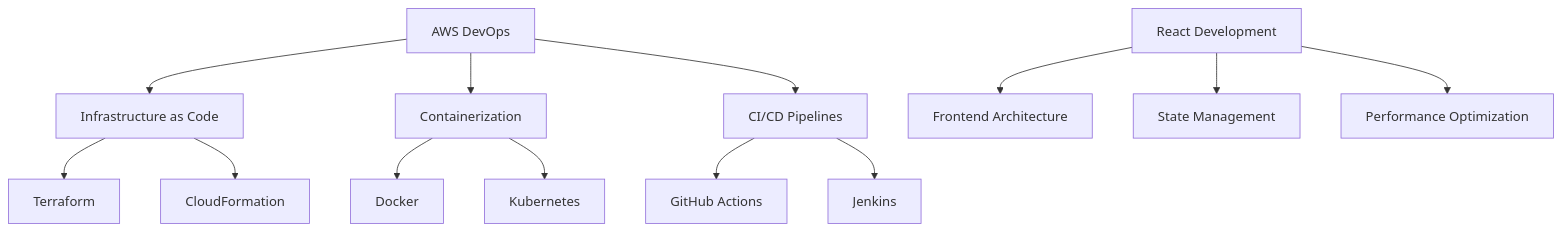
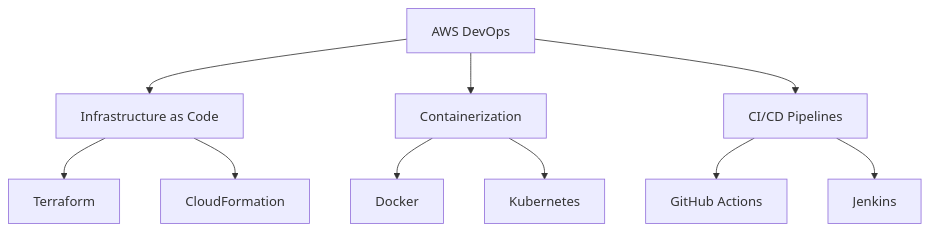
Before and after one commit to Mayur-wagh4/Mayur-wagh4: the diagram in README.md, drawn with Mermaid. The commit also changed other lines of this file, not shown here.

````diff
--- a/README.md
+++ b/README.md
@@ -128,15 +124,12 @@
 ```mermaid
 graph TD
     A[AWS DevOps] --> B[Infrastructure as Code]
     A --> C[Containerization]
     A --> D[CI/CD Pipelines]
     B --> E[Terraform]
     B --> F[CloudFormation]
     C --> G[Docker]
     C --> H[Kubernetes]
     D --> I[GitHub Actions]
     D --> J[Jenkins]
-    K[React Development] --> L[Frontend Architecture]
-    K --> M[State Management]
-    K --> N[Performance Optimization]
 ```
````
